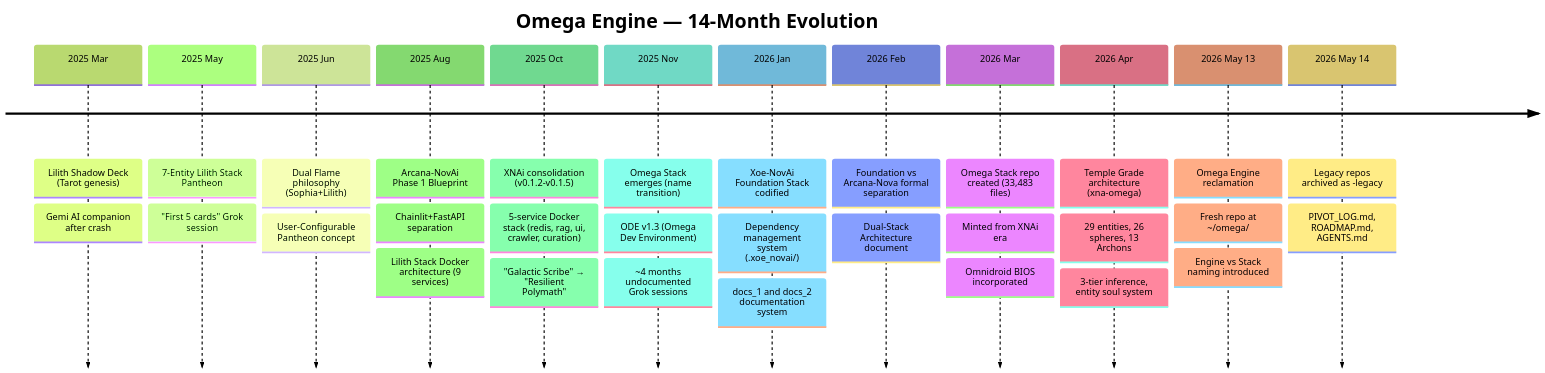
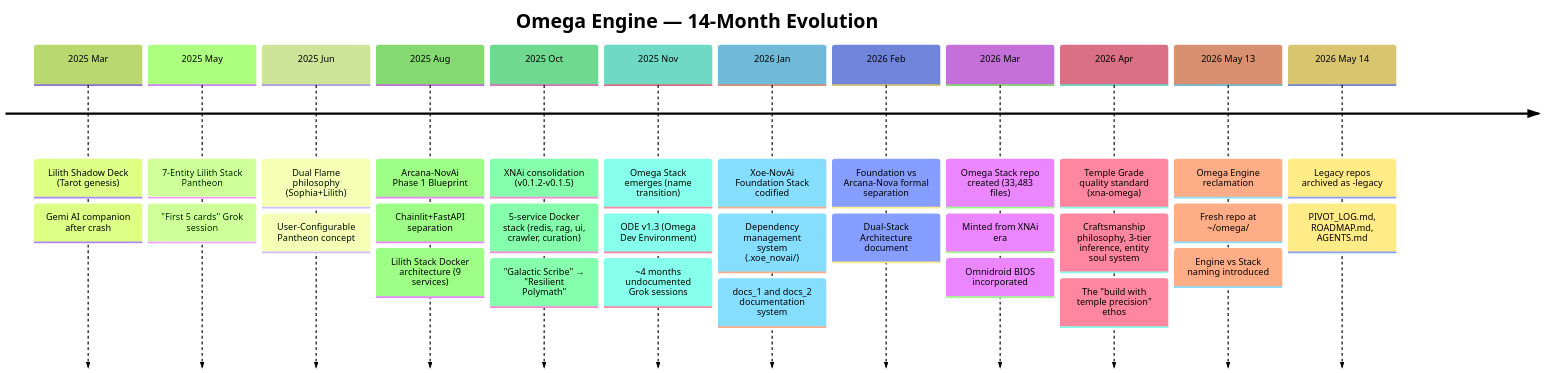
One commit to Xoe-NovAi/omega-engine changed the diagram in docs/research/R44_ENGINE_STACK_SEPARATION.md. Above: the diagram before and after it, drawn with Mermaid (forest theme). The commit also changed other lines of this file and 881 other files, not shown here.

````diff
--- a/docs/research/R44_ENGINE_STACK_SEPARATION.md
+++ b/docs/research/R44_ENGINE_STACK_SEPARATION.md
@@ -25,35 +25,35 @@
 ```mermaid
 timeline
     title Omega Engine — 14-Month Evolution
     2025 Mar : Lilith Shadow Deck (Tarot genesis)
              : Gemi AI companion after crash
     2025 May : 7-Entity Lilith Stack Pantheon
              : "First 5 cards" Grok session
     2025 Jun : Dual Flame philosophy (Sophia+Lilith)
              : User-Configurable Pantheon concept
     2025 Aug : Arcana-NovAi Phase 1 Blueprint
              : Chainlit+FastAPI separation
              : Lilith Stack Docker architecture (9 services)
     2025 Oct : XNAi consolidation (v0.1.2-v0.1.5)
              : 5-service Docker stack (redis, rag, ui, crawler, curation)
              : "Galactic Scribe" → "Resilient Polymath"
     2025 Nov : Omega Stack emerges (name transition)
              : ODE v1.3 (Omega Dev Environment)
              : ~4 months undocumented Grok sessions
     2026 Jan : Xoe-NovAi Foundation Stack codified
              : Dependency management system (.xoe_novai/)
              : docs_1 and docs_2 documentation system
     2026 Feb : Foundation vs Arcana-Nova formal separation
              : Dual-Stack Architecture document
     2026 Mar : Omega Stack repo created (33,483 files)
              : Minted from XNAi era
              : Omnidroid BIOS incorporated
-    2026 Apr : Temple Grade architecture (xna-omega)
-             : 29 entities, 26 spheres, 13 Archons
-             : 3-tier inference, entity soul system
+     2026 Apr : Temple Grade quality standard (xna-omega)
+              : Craftsmanship philosophy, 3-tier inference, entity soul system
+              : The "build with temple precision" ethos
     2026 May 13: Omega Engine reclamation
              : Fresh repo at ~/omega/
              : Engine vs Stack naming introduced
     2026 May 14: Legacy repos archived as -legacy
              : PIVOT_LOG.md, ROADMAP.md, AGENTS.md
 ```
````
